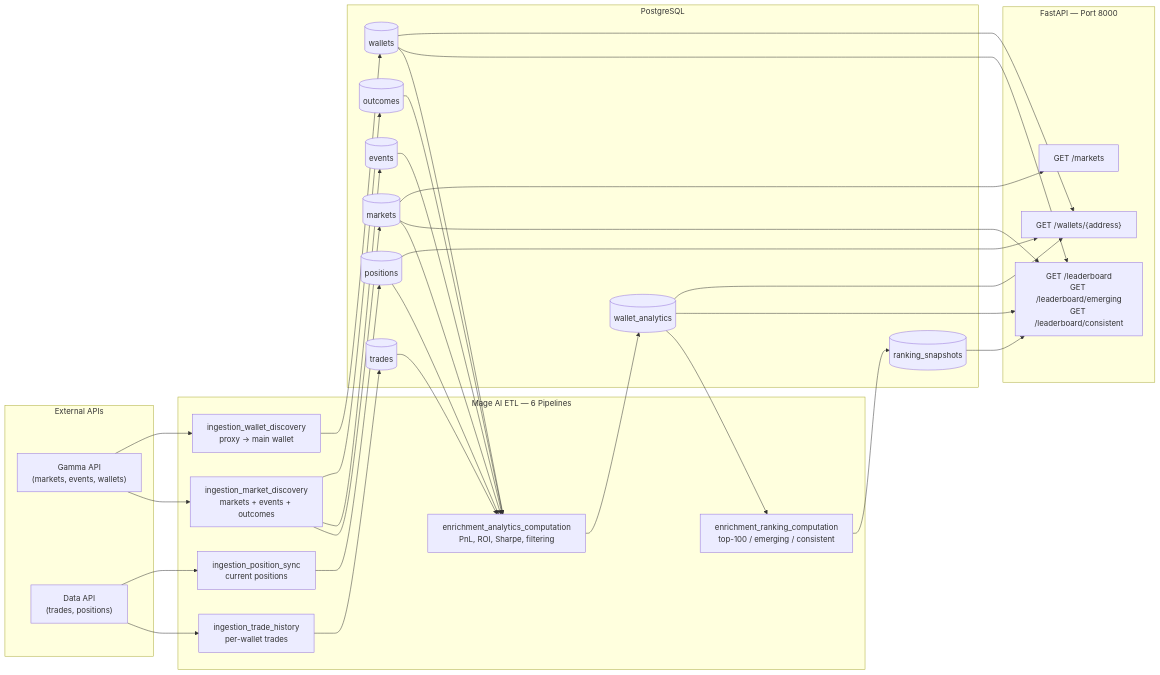
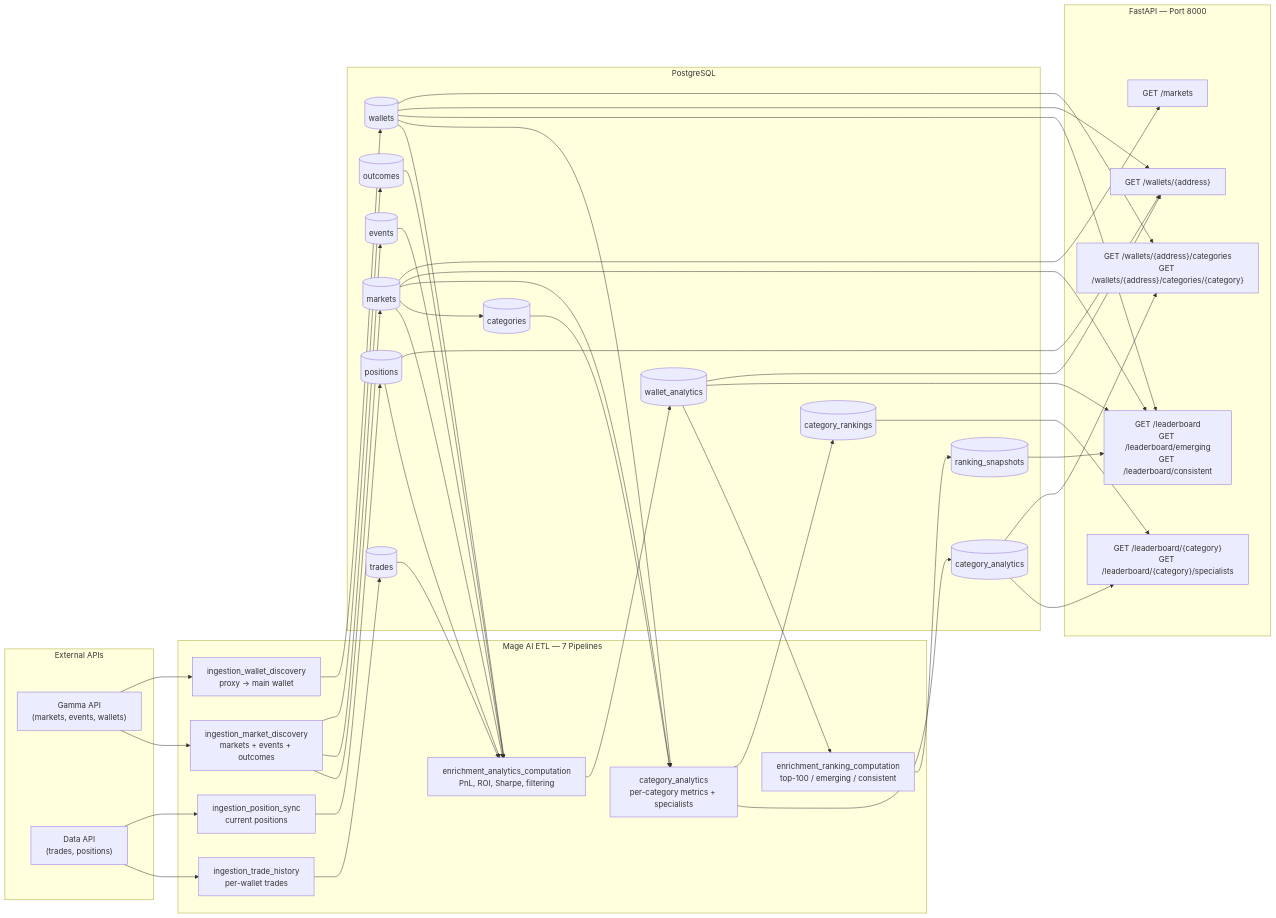
Before and after one commit to AntoineROYERB/polymarketpricer: the diagram in README.md, drawn with Mermaid. The commit also changed other lines of this file and 4 other files, not shown here.

````diff
--- a/README.md
+++ b/README.md
@@ -13,49 +13,60 @@
 ```mermaid
 flowchart LR
     subgraph APIs["External APIs"]
         GAMMA["Gamma API<br/>(markets, events, wallets)"]
         DATA["Data API<br/>(trades, positions)"]
     end
 
-    subgraph ETL["Mage AI ETL — 6 Pipelines"]
+    subgraph ETL["Mage AI ETL — 7 Pipelines"]
         MD["ingestion_market_discovery<br/>markets + events + outcomes"]
         WD["ingestion_wallet_discovery<br/>proxy → main wallet"]
         TH["ingestion_trade_history<br/>per-wallet trades"]
         PS["ingestion_position_sync<br/>current positions"]
         AC["enrichment_analytics_computation<br/>PnL, ROI, Sharpe, filtering"]
         RC["enrichment_ranking_computation<br/>top-100 / emerging / consistent"]
+        CA["category_analytics<br/>per-category metrics + specialists"]
     end
 
     subgraph DB["PostgreSQL"]
         MKT[(markets)]
         EVT[(events)]
         OUTC[(outcomes)]
         WAL[(wallets)]
         TRD[(trades)]
         POS[(positions)]
         WA[(wallet_analytics)]
         RS[(ranking_snapshots)]
+        CAT[(categories)]
+        CAnalytics[(category_analytics)]
+        CRankings[(category_rankings)]
     end
 
     subgraph API["FastAPI — Port 8000"]
         LB["GET /leaderboard<br/>GET /leaderboard/emerging<br/>GET /leaderboard/consistent"]
         WP["GET /wallets/{address}"]
         MK["GET /markets"]
+        CLB["GET /leaderboard/{category}<br/>GET /leaderboard/{category}/specialists"]
+        WC["GET /wallets/{address}/categories<br/>GET /wallets/{address}/categories/{category}"]
     end
 
     GAMMA --> MD
     GAMMA --> WD
     DATA --> TH
     DATA --> PS
     MD --> MKT & EVT & OUTC
     WD --> WAL
     TH --> TRD
     PS --> POS
     MKT & EVT & OUTC & WAL & TRD & POS --> AC
     AC --> WA
     WA --> RC
     RC --> RS
+    MKT --> CAT
+    MKT & WAL & CAT --> CA
+    CA --> CAnalytics & CRankings
     MKT & WAL & WA & RS --> LB
     WAL & WA & POS --> WP
     MKT --> MK
+    CRankings & CAnalytics --> CLB
+    CAnalytics & WAL --> WC
 ```
````
